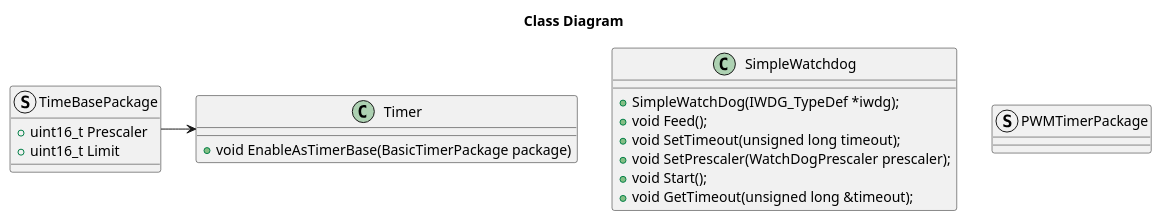
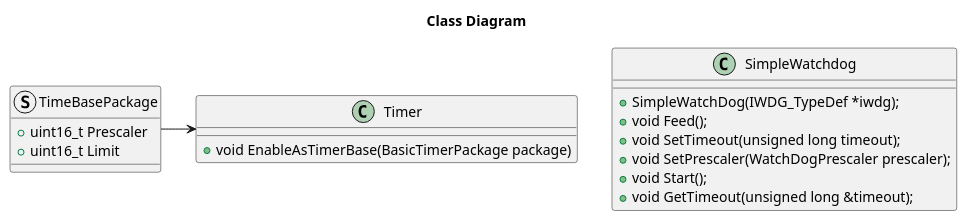
One commit to NathanThus/Technology-Semester-3 changed the diagram in Embedded Systems/FreeRTOS - Sprint 3/Design.wsd. Above: the diagram before and after it, drawn with PlantUML. The commit also changed 6 other files, not shown here.

```diff
--- a/Embedded Systems/FreeRTOS - Sprint 3/Design.wsd
+++ b/Embedded Systems/FreeRTOS - Sprint 3/Design.wsd
@@ -1,32 +1,32 @@
 @startuml ClassDiagram
 Title Class Diagram
 
 Class Timer
 {
    {method} + void EnableAsTimerBase(BasicTimerPackage package)
 }
 
 Class SimpleWatchdog
 {
         {method} + SimpleWatchDog(IWDG_TypeDef *iwdg);
         {method} + void Feed();
         {method} + void SetTimeout(unsigned long timeout);
         {method} + void SetPrescaler(WatchDogPrescaler prescaler);
         {method} + void Start();
         {method} + void GetTimeout(unsigned long &timeout);
 }
 
 struct TimeBasePackage
 {
     {field} + uint16_t Prescaler
     {field} + uint16_t Limit 
 }
 
-struct PWMTimerPackage
-{
-
-}
+' struct PWMTimerPackage
+' {
+'     {field} + uint16_t Pulse;
+' }
 
 TimeBasePackage -> Timer
 
 @enduml
```
